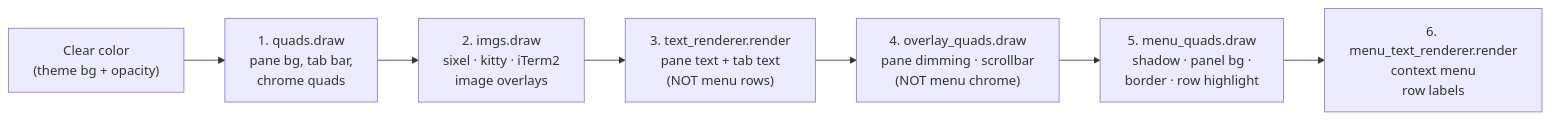
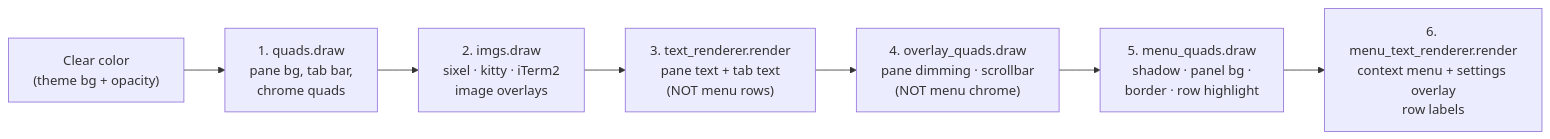
The fourth of 8 diagrams in docs/ARCHITECTURE.md (Reddimus/kettle), drawn with Mermaid before and after one commit. The commit also changed other lines of this file and 7 other files, not shown here.

First line of the commit message:
docs: getting-started + settings guides; mermaid + roadmap (cycle 757)

````diff
--- a/docs/ARCHITECTURE.md
+++ b/docs/ARCHITECTURE.md
@@ -81,9 +81,9 @@
 ```mermaid
 flowchart LR
     clear["Clear color<br/>(theme bg + opacity)"] --> quads["1. quads.draw<br/>pane bg, tab bar,<br/>chrome quads"]
     quads --> imgs["2. imgs.draw<br/>sixel · kitty · iTerm2<br/>image overlays"]
     imgs --> text["3. text_renderer.render<br/>pane text + tab text<br/>(NOT menu rows)"]
     text --> overlay["4. overlay_quads.draw<br/>pane dimming · scrollbar<br/>(NOT menu chrome)"]
     overlay --> menuq["5. menu_quads.draw<br/>shadow · panel bg ·<br/>border · row highlight"]
-    menuq --> menut["6. menu_text_renderer.render<br/>context menu<br/>row labels"]
+    menuq --> menut["6. menu_text_renderer.render<br/>context menu + settings overlay<br/>row labels"]
 ```
````
